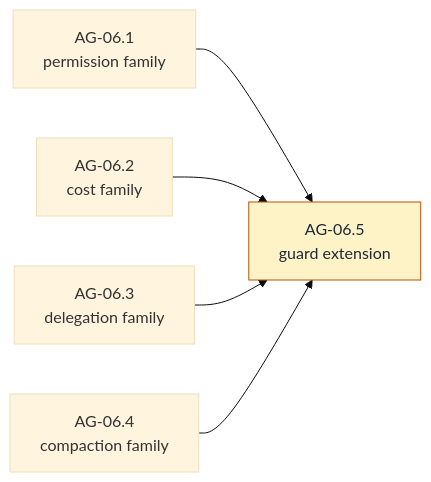
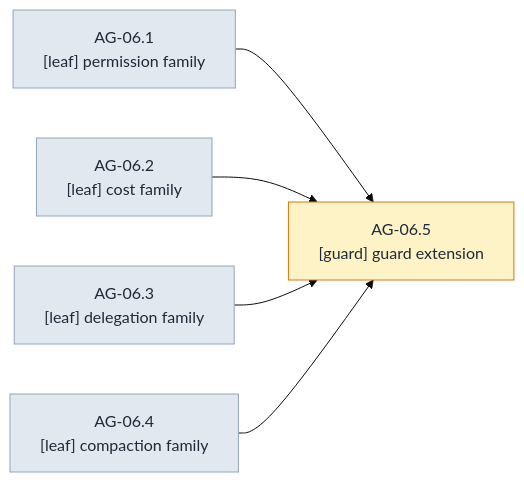
One commit to witsaba/cachicamas changed the seventh of 28 diagrams in docs/architecture/milestones/0003-cachicamas-agent-layer-2-task-graph.md. Above: the diagram before and after it, drawn with Mermaid (base theme). The commit also changed other lines of this file and 3 other files, not shown here.

````diff
--- a/docs/architecture/milestones/0003-cachicamas-agent-layer-2-task-graph.md
+++ b/docs/architecture/milestones/0003-cachicamas-agent-layer-2-task-graph.md
@@ -345,9 +605,11 @@
 ```mermaid
 flowchart LR
-    D1["AG-06.1<br/>permission family"] --> D5["AG-06.5<br/>guard extension"]
-    D2["AG-06.2<br/>cost family"] --> D5
-    D3["AG-06.3<br/>delegation family"] --> D5
-    D4["AG-06.4<br/>compaction family"] --> D5
-    classDef g fill:#fef3c7,stroke:#b45309,color:#1f2937
-    class D5 g
+    D1["AG-06.1<br/>[leaf] permission family"] --> D5["AG-06.5<br/>[guard] guard extension"]
+    D2["AG-06.2<br/>[leaf] cost family"] --> D5
+    D3["AG-06.3<br/>[leaf] delegation family"] --> D5
+    D4["AG-06.4<br/>[leaf] compaction family"] --> D5
+    classDef leaf fill:#e2e8f0,stroke:#94a3b8,color:#1f2937
+    classDef guard fill:#fef3c7,stroke:#d97706,color:#1f2937
+    class D1,D2,D3,D4 leaf
+    class D5 guard
 ```
````
